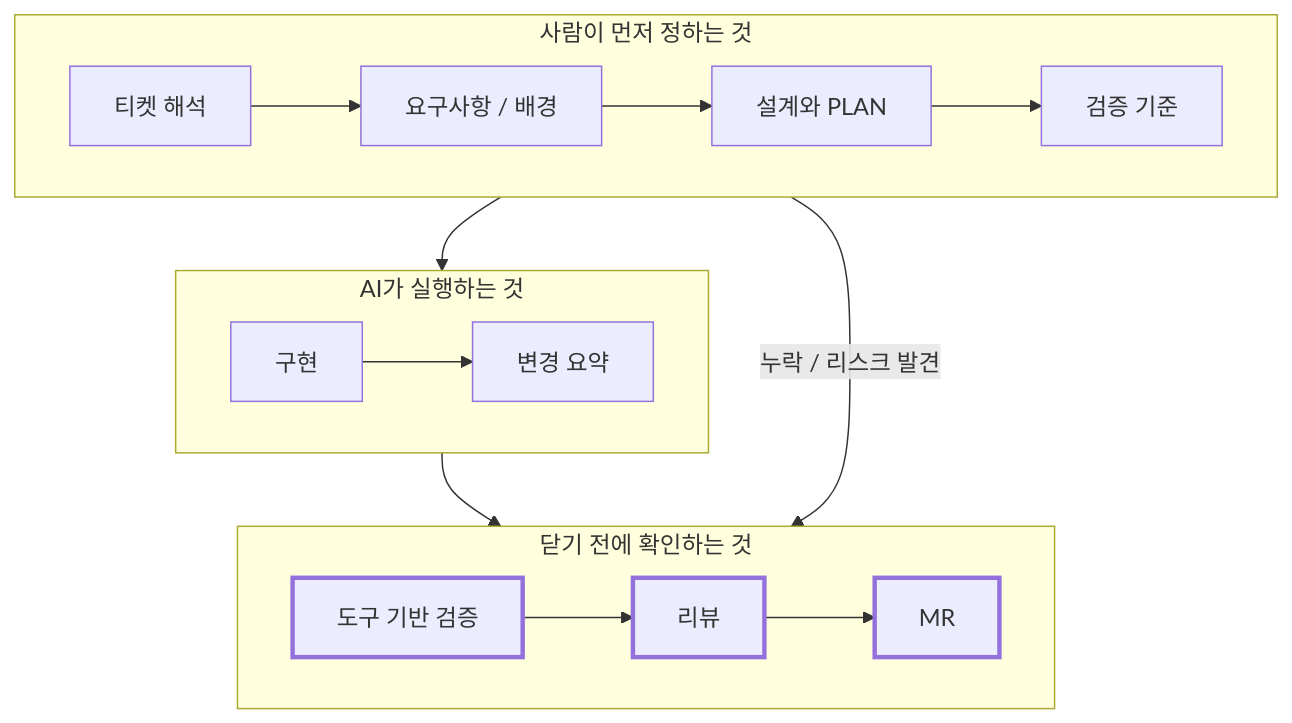
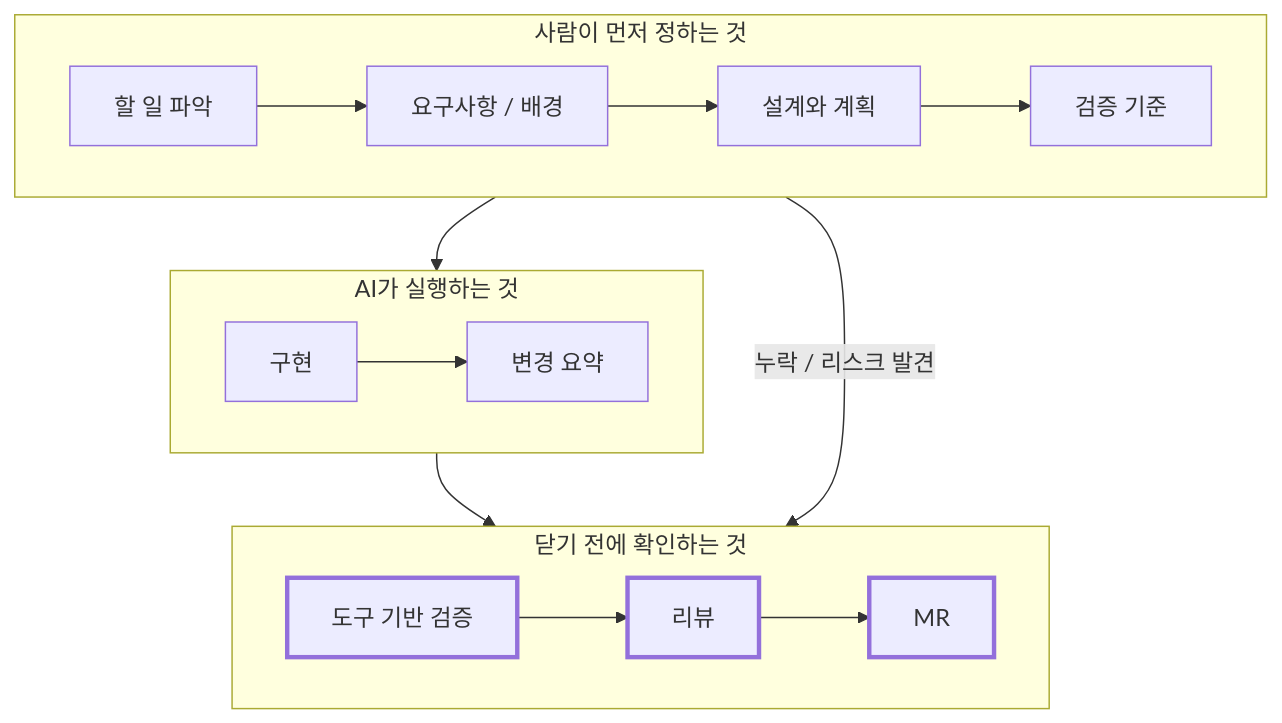
One commit to JeonJe/JeonJe.github.io changed the second of 3 diagrams in _posts/essay/2026-06-28-how-i-use-ai.md. Above: the diagram before and after it, drawn with Mermaid. The commit also changed other lines of this file, not shown here.

````diff
--- a/_posts/essay/2026-06-28-how-i-use-ai.md
+++ b/_posts/essay/2026-06-28-how-i-use-ai.md
@@ -93,27 +91,27 @@
 ```mermaid
 flowchart TB
     subgraph Human["사람이 먼저 정하는 것"]
         direction LR
-        A["티켓 해석"] --> B["요구사항 / 배경"]
-        B --> C["설계와 PLAN"]
+        A["할 일 파악"] --> B["요구사항 / 배경"]
+        B --> C["설계와 계획"]
         C --> D["검증 기준"]
     end
 
     subgraph AI["AI가 실행하는 것"]
         direction LR
         E["구현"] --> F["변경 요약"]
     end
 
     subgraph Gate["닫기 전에 확인하는 것"]
         direction LR
         G["도구 기반 검증"] --> H["리뷰"]
         H --> I["MR"]
     end
 
     Human --> AI
     AI --> Gate
     Human <-. "누락 / 리스크 발견" .- Gate
 
     classDef gate stroke-width:3px;
     class G,H,I gate;
 ```
````
